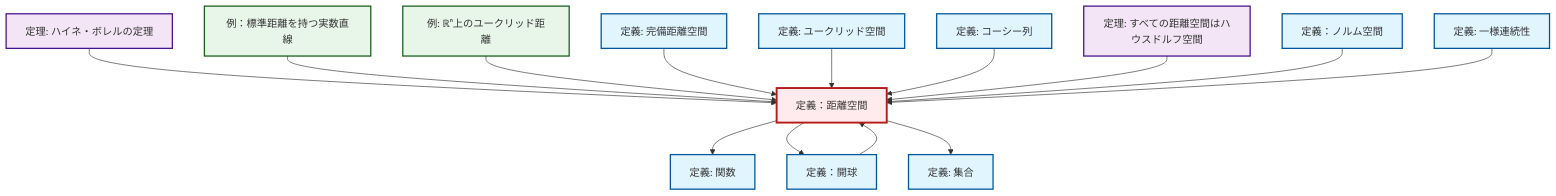
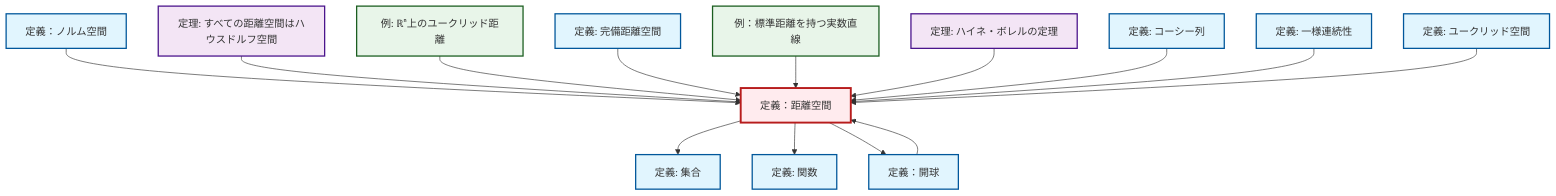
The diagram in content/ja/analysis/def-metric-space.qmd (RK0429/ModernMath), drawn with Mermaid before and after one commit. The commit also changed other lines of this file and 1012 other files, not shown here.

````diff
--- a/content/ja/analysis/def-metric-space.qmd
+++ b/content/ja/analysis/def-metric-space.qmd
@@ -54,48 +54,48 @@
 ```{mermaid}
 %%| fig-cap: "Local dependency graph"
 graph TD
     classDef definition fill:#e1f5fe,stroke:#01579b,stroke-width:2px
     classDef theorem fill:#f3e5f5,stroke:#4a148c,stroke-width:2px
     classDef axiom fill:#fff3e0,stroke:#e65100,stroke-width:2px
     classDef example fill:#e8f5e9,stroke:#1b5e20,stroke-width:2px
     classDef current fill:#ffebee,stroke:#b71c1c,stroke-width:3px
+    ex-euclidean-metric["例: ℝⁿ上のユークリッド距離"]:::example
+    def-euclidean-space["定義: ユークリッド空間"]:::definition
+    def-set["定義: 集合"]:::definition
+    def-open-ball["定義：開球"]:::definition
+    def-metric-space["定義：距離空間"]:::definition
+    ex-real-line-metric["例：標準距離を持つ実数直線"]:::example
+    def-function["定義: 関数"]:::definition
     thm-metric-hausdorff["定理: すべての距離空間はハウスドルフ空間"]:::theorem
-    def-set["定義: 集合"]:::definition
+    def-complete-metric-space["定義: 完備距離空間"]:::definition
     def-uniform-continuity["定義: 一様連続性"]:::definition
-    ex-euclidean-metric["例: ℝⁿ上のユークリッド距離"]:::example
-    def-function["定義: 関数"]:::definition
-    ex-real-line-metric["例：標準距離を持つ実数直線"]:::example
+    thm-heine-borel["定理: ハイネ・ボレルの定理"]:::theorem
     def-cauchy-sequence["定義: コーシー列"]:::definition
-    def-metric-space["定義：距離空間"]:::definition
-    def-complete-metric-space["定義: 完備距離空間"]:::definition
     def-normed-vector-space["定義：ノルム空間"]:::definition
-    def-open-ball["定義：開球"]:::definition
-    thm-heine-borel["定理: ハイネ・ボレルの定理"]:::theorem
-    def-euclidean-space["定義: ユークリッド空間"]:::definition
+    def-metric-space --> def-set
+    def-normed-vector-space --> def-metric-space
+    def-metric-space --> def-function
+    thm-metric-hausdorff --> def-metric-space
+    ex-euclidean-metric --> def-metric-space
+    def-open-ball --> def-metric-space
+    def-complete-metric-space --> def-metric-space
+    ex-real-line-metric --> def-metric-space
     thm-heine-borel --> def-metric-space
-    ex-real-line-metric --> def-metric-space
-    ex-euclidean-metric --> def-metric-space
-    def-complete-metric-space --> def-metric-space
-    def-metric-space --> def-function
+    def-cauchy-sequence --> def-metric-space
+    def-metric-space --> def-open-ball
+    def-uniform-continuity --> def-metric-space
     def-euclidean-space --> def-metric-space
-    def-cauchy-sequence --> def-metric-space
-    thm-metric-hausdorff --> def-metric-space
-    def-normed-vector-space --> def-metric-space
-    def-uniform-continuity --> def-metric-space
-    def-open-ball --> def-metric-space
-    def-metric-space --> def-open-ball
-    def-metric-space --> def-set
     class def-metric-space current
+    click ex-euclidean-metric "ex-euclidean-metric.html" "ℝⁿ上のユークリッド距離の例へ"
+    click def-euclidean-space "def-euclidean-space.html" "ユークリッド空間の定義へ"
+    click def-set "def-set.html" "集合の定義へ"
+    click def-open-ball "def-open-ball.html" "定義：開球へ"
+    click ex-real-line-metric "ex-real-line-metric.html" "例：標準距離を持つ実数直線へ"
+    click def-function "def-function.html" "関数の定義へ"
     click thm-metric-hausdorff "thm-metric-hausdorff.html" "すべての距離空間はハウスドルフ空間の定理へ"
-    click def-set "def-set.html" "集合の定義へ"
+    click def-complete-metric-space "def-complete-metric-space.html" "完備距離空間の定義へ"
     click def-uniform-continuity "def-uniform-continuity.html" "一様連続性の定義へ"
-    click ex-euclidean-metric "ex-euclidean-metric.html" "ℝⁿ上のユークリッド距離の例へ"
-    click def-function "def-function.html" "関数の定義へ"
-    click ex-real-line-metric "ex-real-line-metric.html" "例：標準距離を持つ実数直線へ"
+    click thm-heine-borel "thm-heine-borel.html" "ハイネ・ボレルの定理の定理へ"
     click def-cauchy-sequence "def-cauchy-sequence.html" "コーシー列の定義へ"
-    click def-complete-metric-space "def-complete-metric-space.html" "完備距離空間の定義へ"
     click def-normed-vector-space "def-normed-vector-space.html" "定義：ノルム空間へ"
-    click def-open-ball "def-open-ball.html" "定義：開球へ"
-    click thm-heine-borel "thm-heine-borel.html" "ハイネ・ボレルの定理の定理へ"
-    click def-euclidean-space "def-euclidean-space.html" "ユークリッド空間の定義へ"
 ```
````
